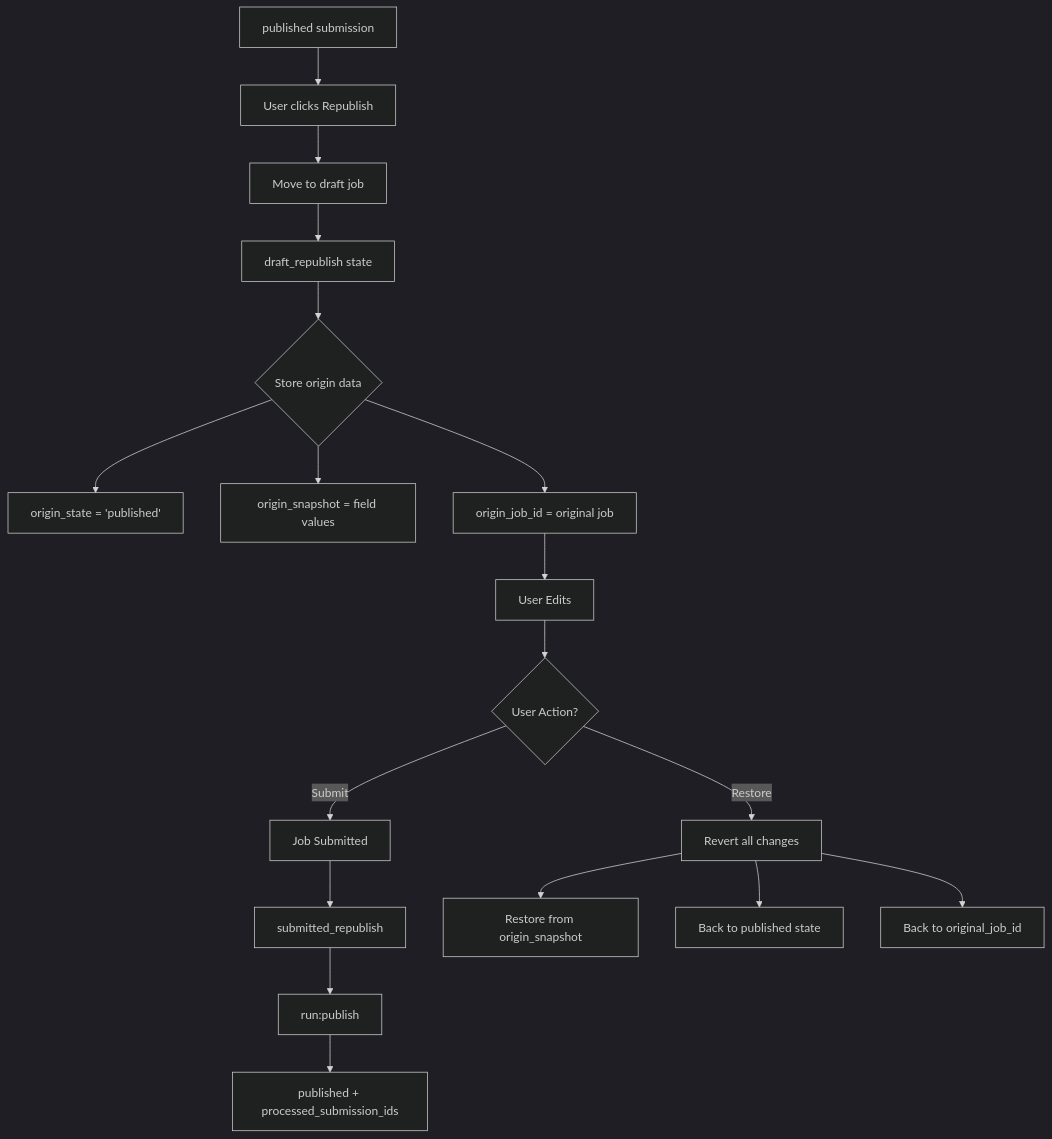
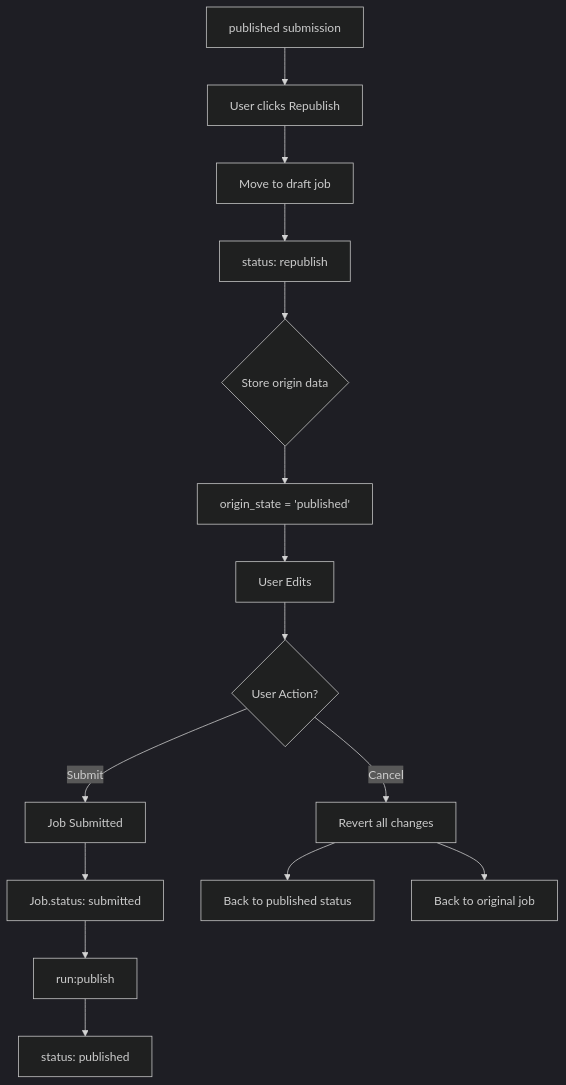
Before and after one commit to GeneCurationCoalition/gencc-sub: the ninth of 11 diagrams in docs/STATE_MODEL_DIAGRAMS.md, drawn with Mermaid (dark theme). The commit also changed other lines of this file and 11 other files, not shown here.

````diff
--- a/docs/STATE_MODEL_DIAGRAMS.md
+++ b/docs/STATE_MODEL_DIAGRAMS.md
@@ -428,23 +400,20 @@
 ```mermaid
 flowchart TD
     A[published submission] --> B[User clicks Republish]
     B --> C[Move to draft job]
-    C --> D[draft_republish state]
+    C --> D[status: republish]
     D --> E{Store origin data}
     E --> F[origin_state = 'published']
-    E --> G[origin_snapshot = field values]
-    E --> H[origin_job_id = original job]
 
-    H --> I[User Edits]
-    I --> J{User Action?}
+    F --> G[User Edits]
+    G --> H{User Action?}
 
-    J -->|Submit| K[Job Submitted]
-    K --> L[submitted_republish]
-    L --> M[run:publish]
-    M --> N[published + processed_submission_ids]
+    H -->|Submit| I[Job Submitted]
+    I --> J[Job.status: submitted]
+    J --> K[run:publish]
+    K --> L[status: published]
 
-    J -->|Restore| O[Revert all changes]
-    O --> P[Restore from origin_snapshot]
-    O --> Q[Back to published state]
-    O --> R[Back to original_job_id]
+    H -->|Cancel| M[Revert all changes]
+    M --> N[Back to published status]
+    M --> O[Back to original job]
 ```
````
